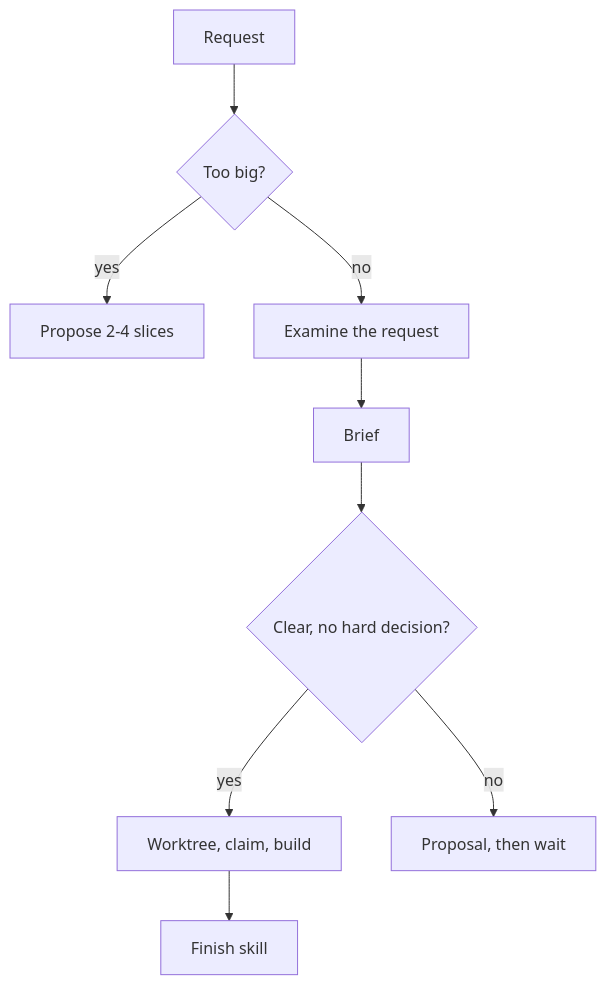
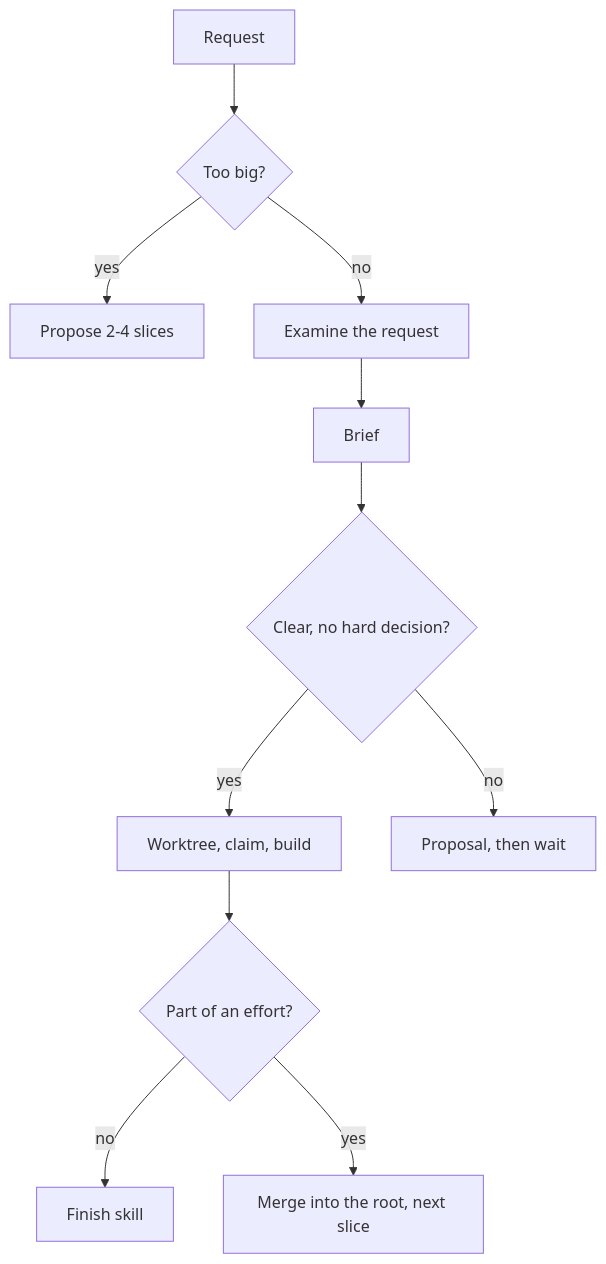
One commit to Konfus-org/Magic changed the diagram in docs/skills/slice/SKILL.md. Above: the diagram before and after it, drawn with Mermaid. The commit also changed other lines of this file and 16 other files, not shown here.

First line of the commit message:
docs: one root branch per effort, one merge into dev at the end

````diff
--- a/docs/skills/slice/SKILL.md
+++ b/docs/skills/slice/SKILL.md
@@ -12,10 +12,12 @@
 ```mermaid
 flowchart TD
     Request --> Size{Too big?}
     Size -- yes --> Split[Propose 2-4 slices]
     Size -- no --> Check[Examine the request] --> Brief
     Brief --> Clear{Clear, no hard decision?}
     Clear -- yes --> Build[Worktree, claim, build]
     Clear -- no --> Proposal[Proposal, then wait]
-    Build --> Finish[Finish skill]
+    Build --> One{Part of an effort?}
+    One -- no --> Finish[Finish skill]
+    One -- yes --> Root[Merge into the root, next slice]
 ```
````
